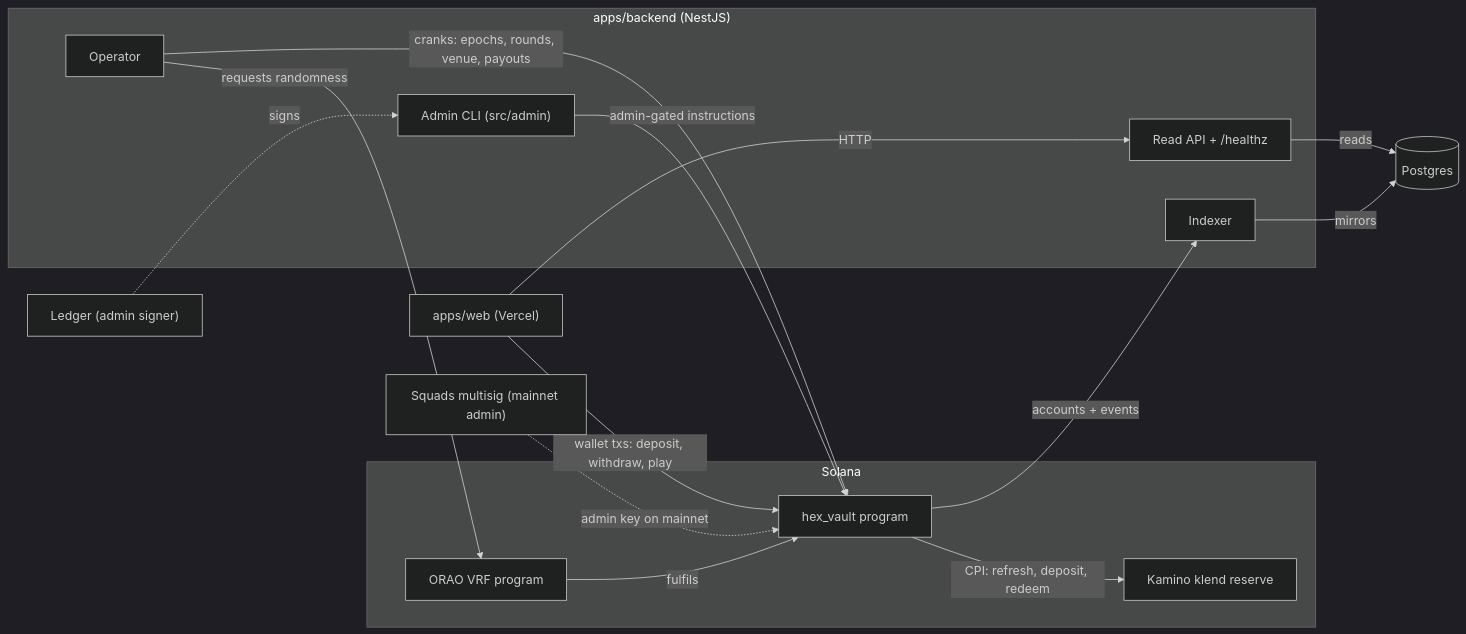
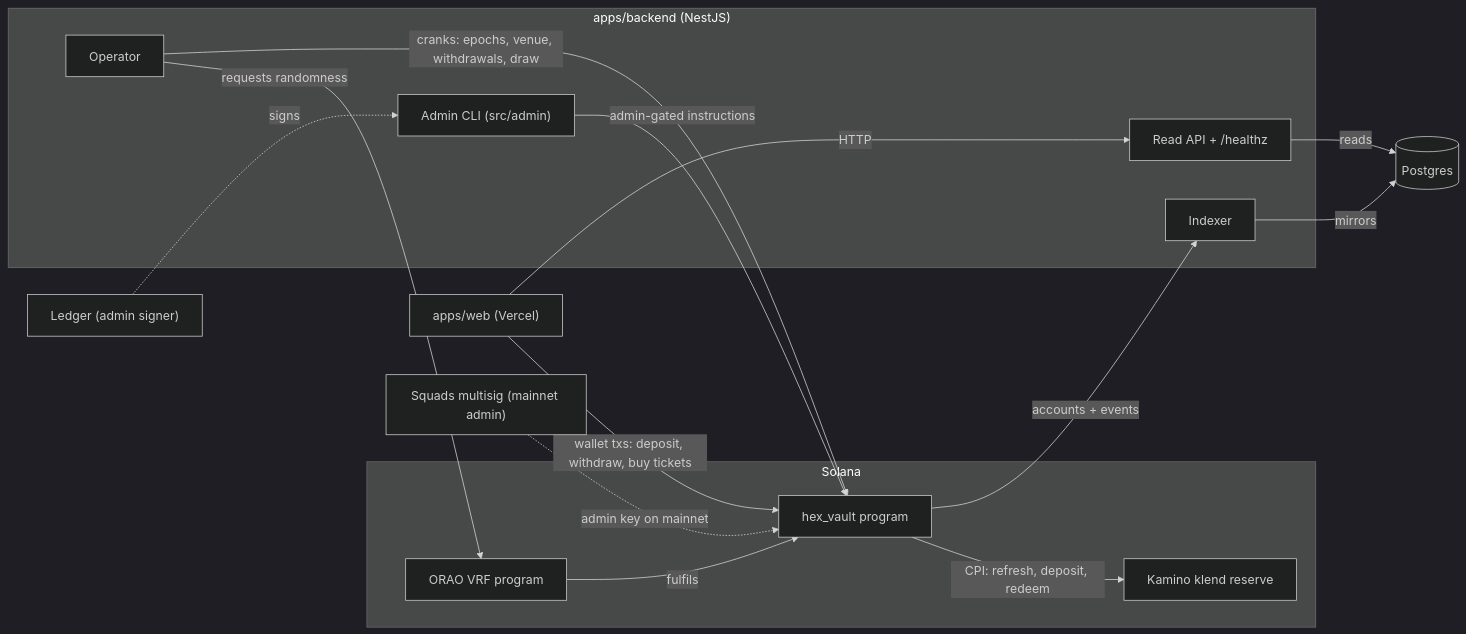
The first of 5 diagrams in docs/architecture.md (easonchai/hexofun), drawn with Mermaid (dark theme) before and after one commit. The commit also changed other lines of this file and 2 other files, not shown here.

Commit message:
docs: architecture loses the Round lifecycle and the Weight tree, tick list matches the custody-only steps

````diff
--- a/docs/architecture.md
+++ b/docs/architecture.md
@@ -11,33 +12,33 @@
 ```mermaid
 flowchart LR
     subgraph Chain["Solana"]
         Program["hex_vault program"]
         ORAO["ORAO VRF program"]
         Klend["Kamino klend reserve"]
     end
 
     subgraph Backend["apps/backend (NestJS)"]
         Indexer["Indexer"]
         Operator["Operator"]
         API["Read API + /healthz"]
         AdminCLI["Admin CLI (src/admin)"]
     end
 
     DB[("Postgres")]
     Web["apps/web (Vercel)"]
     Ledger["Ledger (admin signer)"]
     Squads["Squads multisig (mainnet admin)"]
 
     Program -- "accounts + events" --> Indexer
     Indexer -- "mirrors" --> DB
     API -- "reads" --> DB
     Web -- "HTTP" --> API
-    Web -- "wallet txs: deposit, withdraw, play" --> Program
-    Operator -- "cranks: epochs, rounds, venue, payouts" --> Program
+    Web -- "wallet txs: deposit, withdraw, buy tickets" --> Program
+    Operator -- "cranks: epochs, venue, withdrawals, draw" --> Program
     Operator -- "requests randomness" --> ORAO
     ORAO -- "fulfils" --> Program
     Program -- "CPI: refresh, deposit, redeem" --> Klend
     AdminCLI -- "admin-gated instructions" --> Program
     Ledger -. "signs" .-> AdminCLI
     Squads -. "admin key on mainnet" .-> Program
 ```
````
